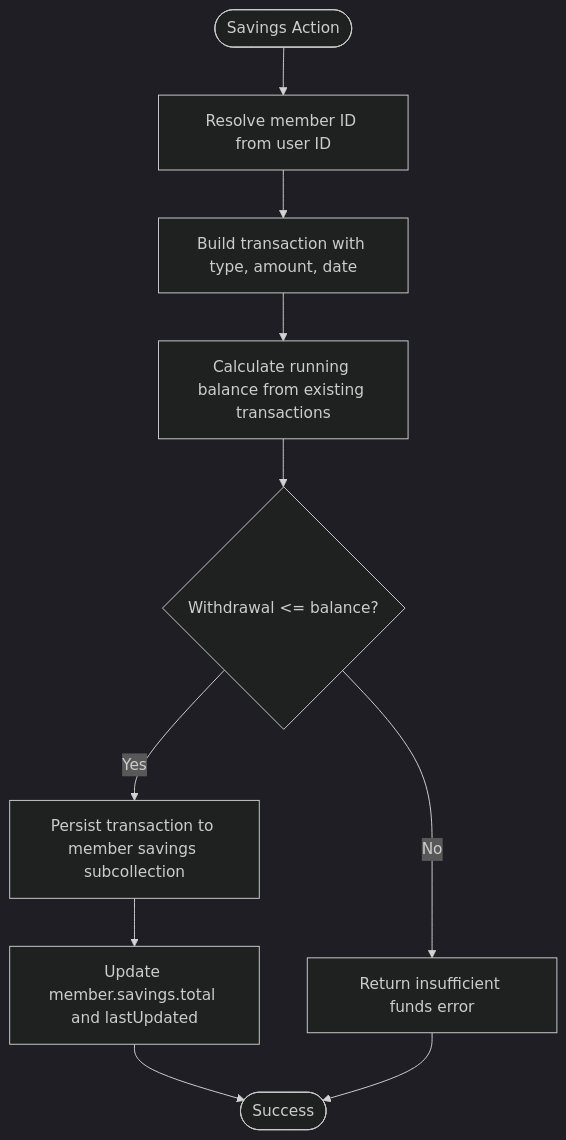
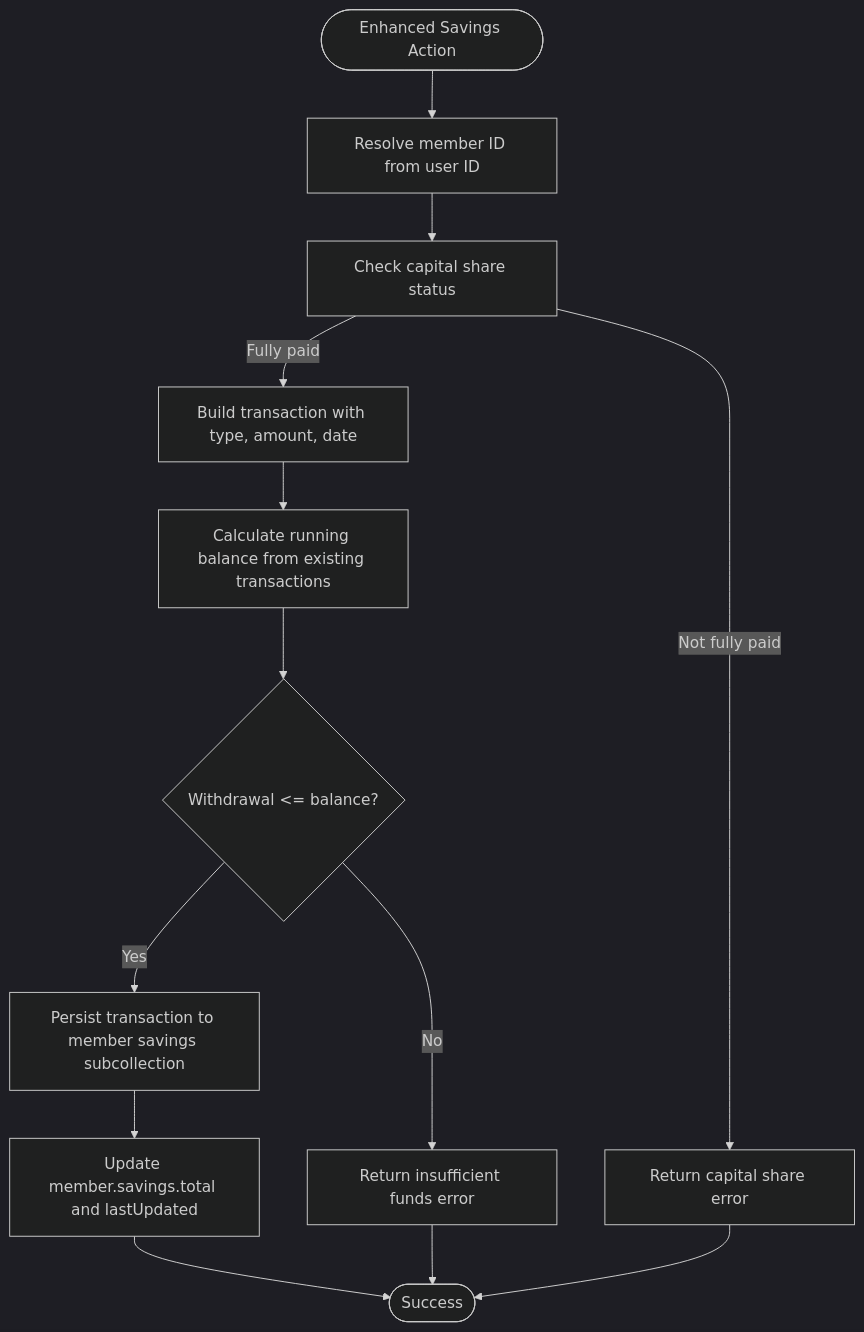
The sixth of 8 diagrams in .qoder/repowiki/en/content/Loan Management System/Loan Repayment System.md (Unsure-bry/sampacoop_system), drawn with Mermaid (dark theme) before and after one commit. The commit also changed other lines of this file and 6 other files, not shown here.

````diff
--- a/.qoder/repowiki/en/content/Loan Management System/Loan Repayment System.md
+++ b/.qoder/repowiki/en/content/Loan Management System/Loan Repayment System.md
@@ -243,12 +266,15 @@
 ```mermaid
 flowchart TD
-Start(["Savings Action"]) --> Resolve["Resolve member ID from user ID"]
-Resolve --> BuildTxn["Build transaction with type, amount, date"]
+Start(["Enhanced Savings Action"]) --> Resolve["Resolve member ID from user ID"]
+Resolve --> CapitalCheck["Check capital share status"]
+CapitalCheck --> |Not fully paid| Insuf["Return capital share error"]
+CapitalCheck --> |Fully paid| BuildTxn["Build transaction with type, amount, date"]
 BuildTxn --> CalcBalance["Calculate running balance from existing transactions"]
 CalcBalance --> Validate{"Withdrawal <= balance?"}
-Validate --> |No| Insuf["Return insufficient funds error"]
+Validate --> |No| InsufFunds["Return insufficient funds error"]
 Validate --> |Yes| Persist["Persist transaction to member savings subcollection"]
 Persist --> UpdateMember["Update member.savings.total and lastUpdated"]
 UpdateMember --> Done(["Success"])
+InsufFunds --> Done
 Insuf --> Done
 ```
````
